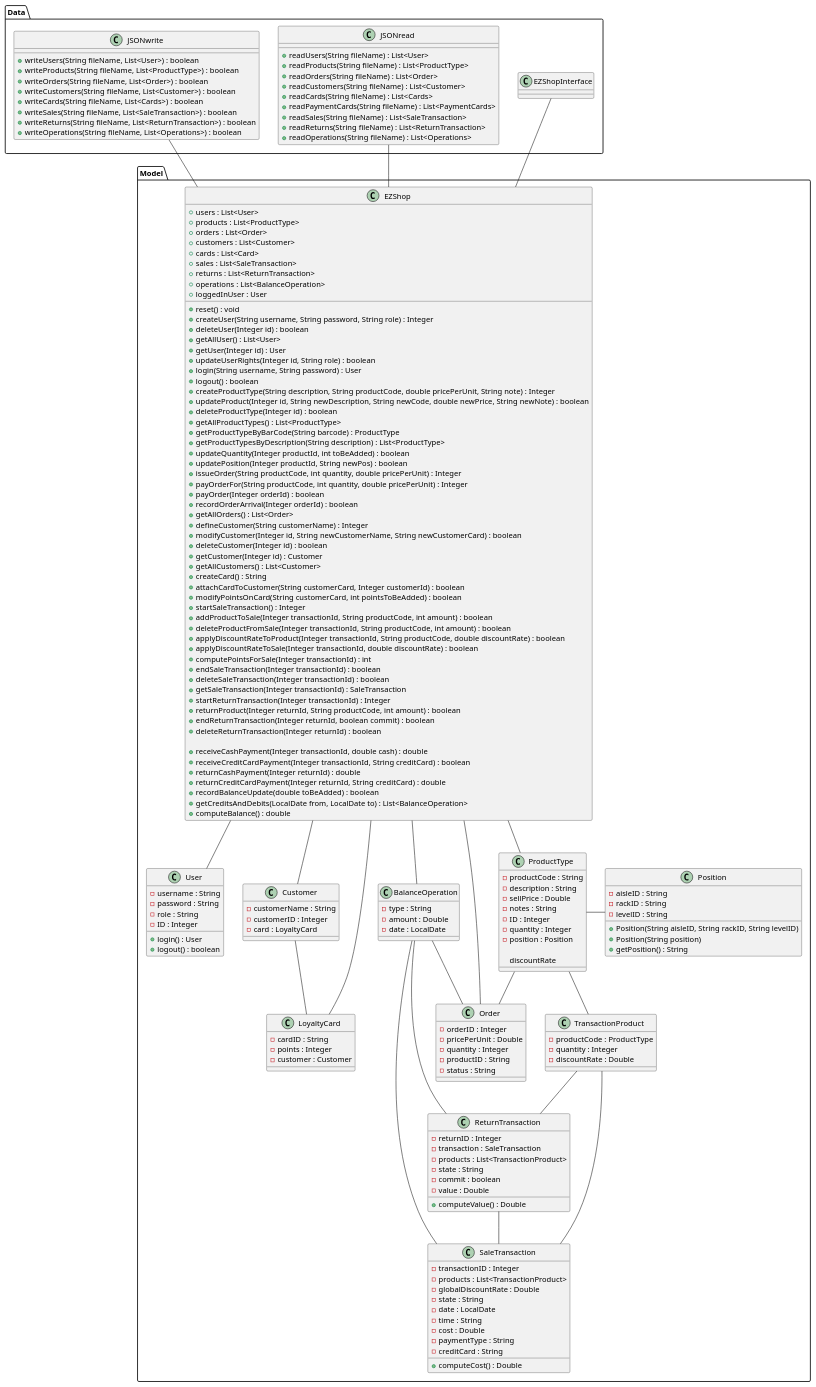
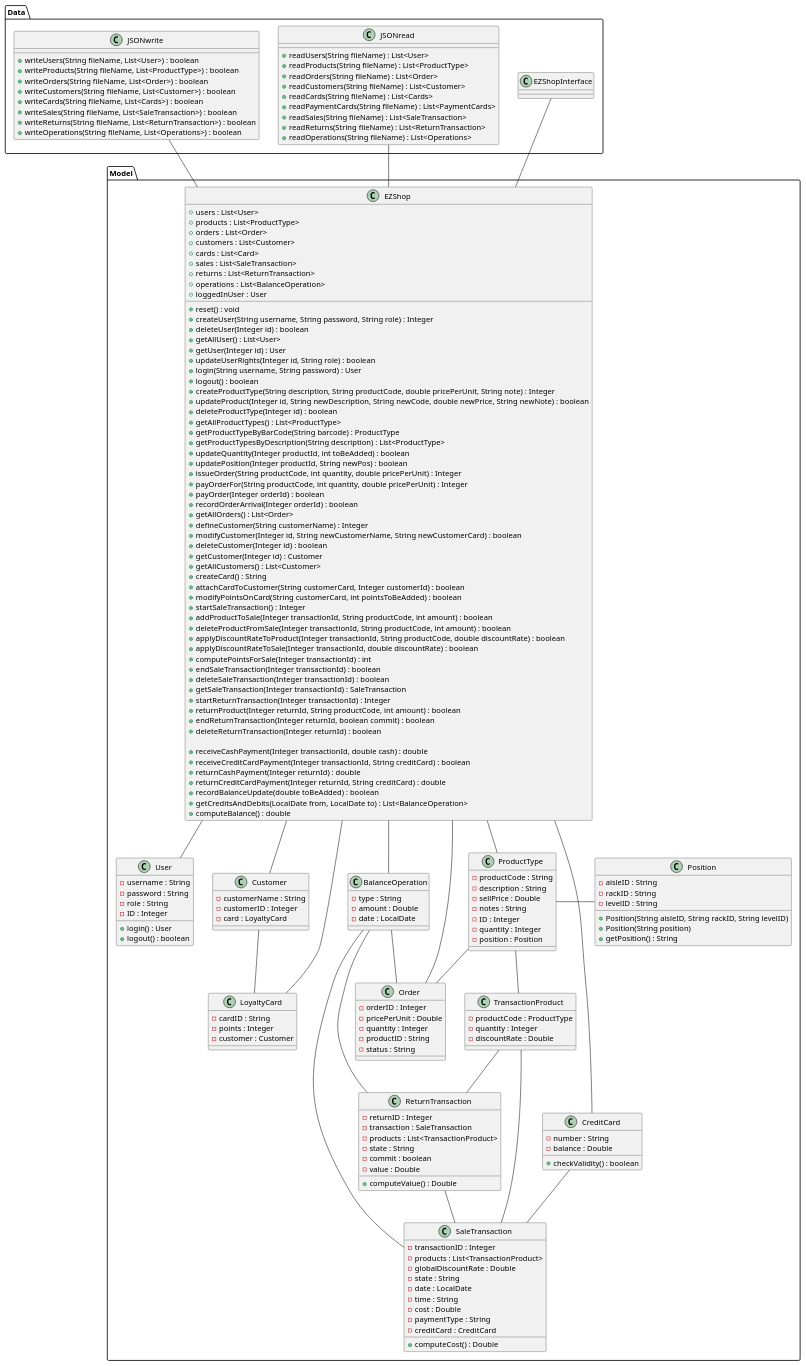
Before and after one commit to giuseppesalvi/ezshop: the first of 21 diagrams in Deliverables/DesignDocument.md, drawn with PlantUML. The commit also changed other lines of this file, not shown here.

Commit message:
Update DesignDocument.md: sequence diagrams

```diff
--- a/Deliverables/DesignDocument.md
+++ b/Deliverables/DesignDocument.md
@@ -143,8 +143,6 @@
     -ID : Integer
     -quantity : Integer
     -position : Position
-
-    discountRate
 }
 
 class Position{
@@ -184,8 +182,7 @@
     -time : String
     -cost : Double
     -paymentType : String
-    -creditCard : String
-
+    -creditCard : CreditCard
     +computeCost() : Double
 }
 
@@ -202,7 +199,6 @@
     -state : String
     -commit : boolean
     -value : Double
-
     +computeValue() : Double
 }
 
@@ -211,12 +207,20 @@
     -amount : Double
     -date : LocalDate
 }
+
+class CreditCard{
+    -number : String
+    -balance : Double
+    +checkValidity() : boolean
+}
+
 EZShop -- User
 EZShop -- ProductType
 EZShop -- Order
 EZShop -- Customer
 EZShop -- LoyaltyCard
 EZShop -- BalanceOperation
+EZShop -- CreditCard
 
 ProductType -- Order
 ProductType -- TransactionProduct
@@ -228,6 +232,7 @@
 BalanceOperation -- Order
 BalanceOperation -- ReturnTransaction
 BalanceOperation -- SaleTransaction
+CreditCard -- SaleTransaction
 EZShopInterface -- EZShop
 JSONread -- EZShop
 JSONwrite -- EZShop
```
